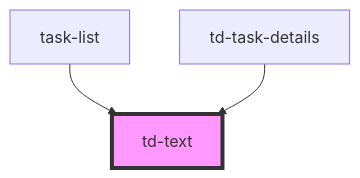
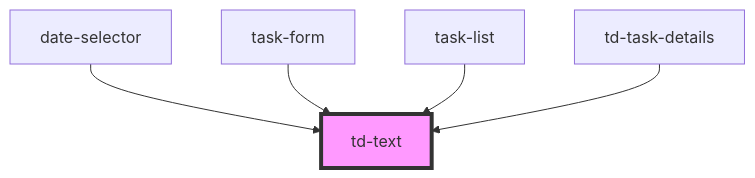
The diagram in libs/ui/src/components/td-text/readme.md (ajarana/to-done), drawn with Mermaid before and after one commit. The commit also changed other lines of this file and 22 other files, not shown here.

````diff
--- a/libs/ui/src/components/td-text/readme.md
+++ b/libs/ui/src/components/td-text/readme.md
@@ -24,6 +26,8 @@
 ```mermaid
 graph TD;
+  date-selector --> td-text
+  task-form --> td-text
   task-list --> td-text
   td-task-details --> td-text
   style td-text fill:#f9f,stroke:#333,stroke-width:4px
 ```
````
